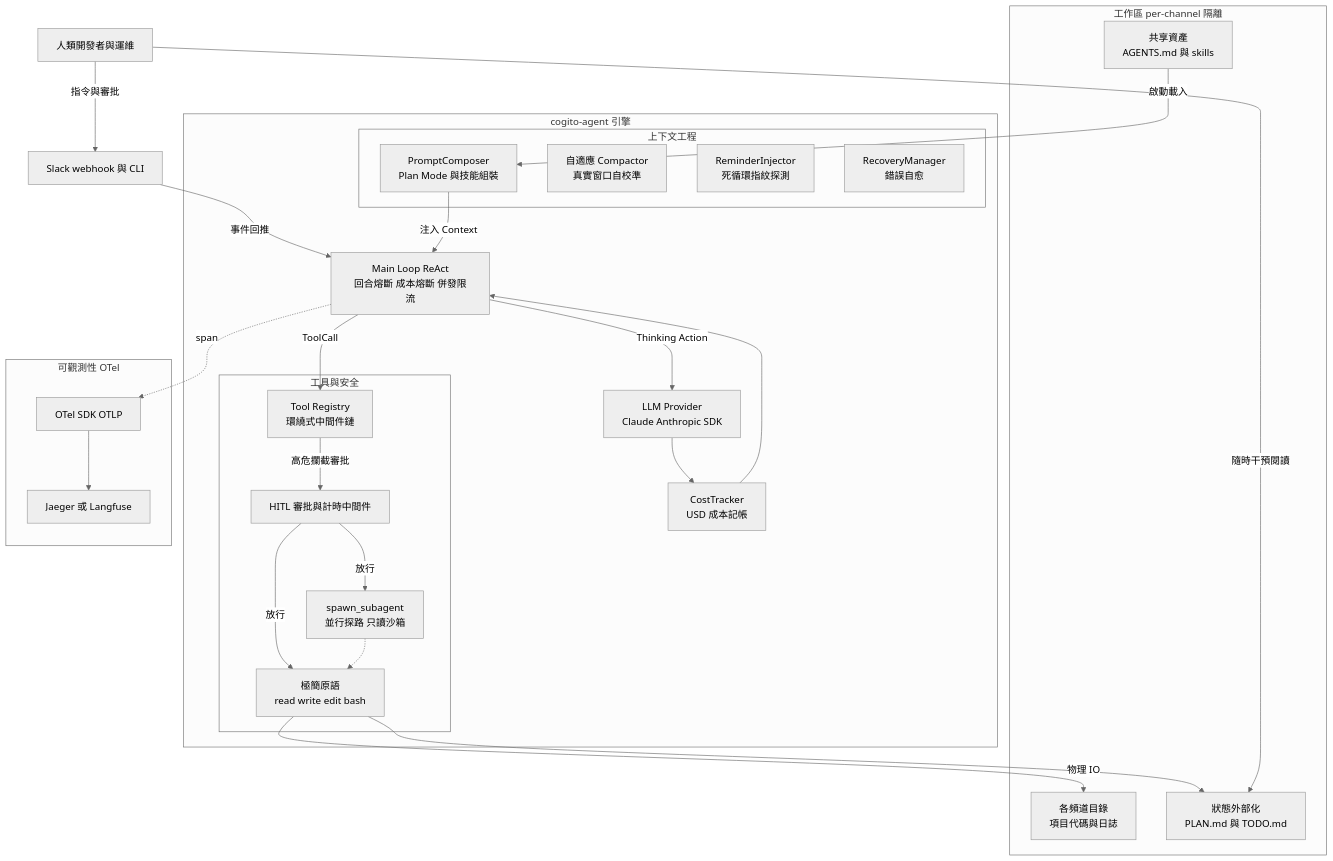
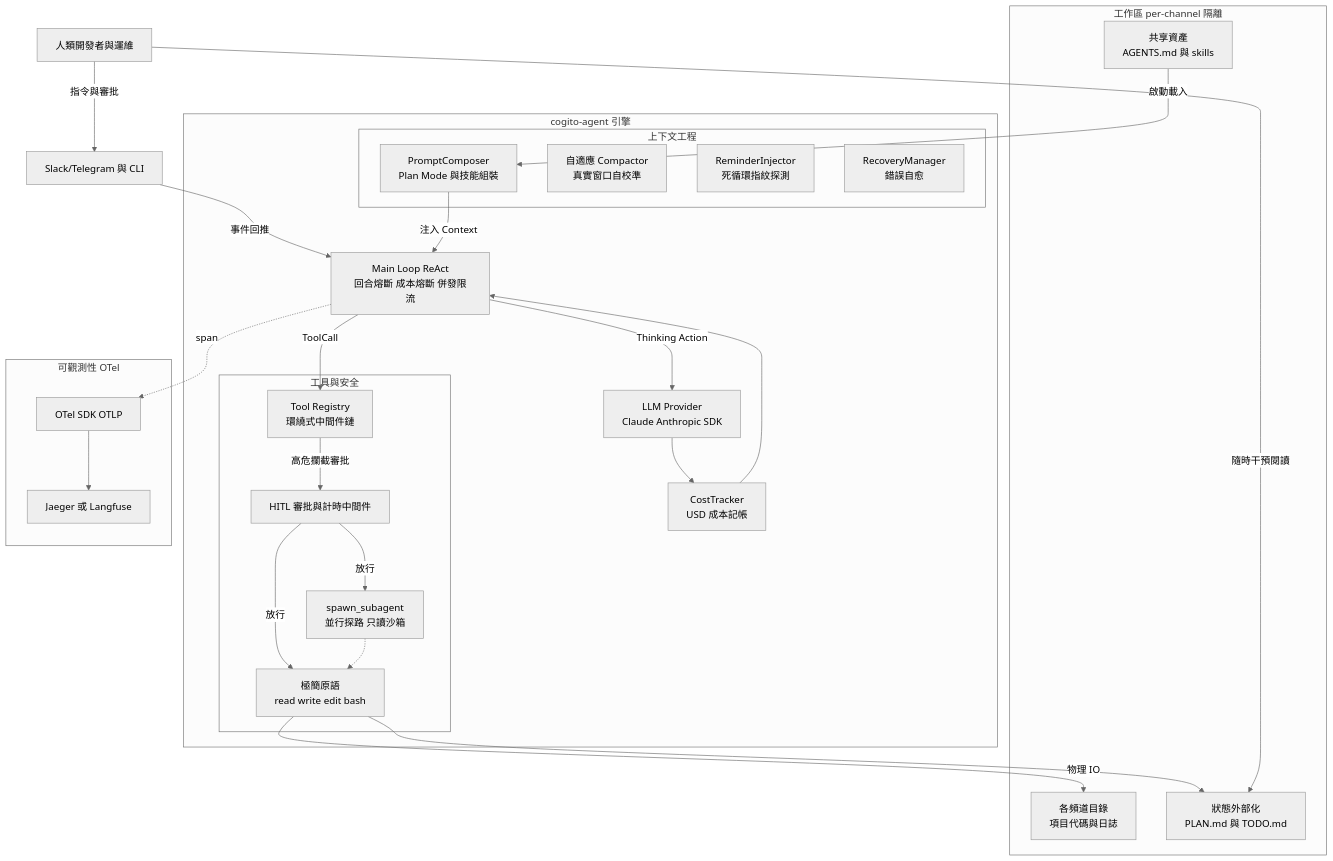
Before and after one commit to SIMPLYBOYS/cogito-agent: the first of 2 diagrams in README.md, drawn with Mermaid (neutral theme). The commit also changed other lines of this file and 3 other files, not shown here.

First line of the commit message:
refactor(slack): Socket Mode 取代 webhook——兩平台統一 outbound、零公開 URL/ngrok

````diff
--- a/README.md
+++ b/README.md
@@ -50,54 +50,54 @@
 ```mermaid
 flowchart TB
   HUMAN["人類開發者與運維"]
-  IM["Slack webhook 與 CLI"]
+  IM["Slack/Telegram 與 CLI"]
 
   subgraph ENGINE["cogito-agent 引擎"]
     LLM["LLM Provider<br/>Claude Anthropic SDK"]
     COST["CostTracker<br/>USD 成本記帳"]
     LOOP["Main Loop ReAct<br/>回合熔斷 成本熔斷 併發限流"]
 
     subgraph CTX["上下文工程"]
       COMPOSER["PromptComposer<br/>Plan Mode 與技能組裝"]
       COMPACT["自適應 Compactor<br/>真實窗口自校準"]
       REMIND["ReminderInjector<br/>死循環指紋探測"]
       RECOVER["RecoveryManager<br/>錯誤自愈"]
     end
 
     subgraph TZ["工具與安全"]
       REG["Tool Registry<br/>環繞式中間件鏈"]
       MW["HITL 審批與計時中間件"]
       PRIM["極簡原語<br/>read write edit bash"]
       SUB["spawn_subagent<br/>並行探路 只讀沙箱"]
     end
   end
 
   subgraph WS["工作區 per-channel 隔離"]
     ASSETS["共享資產<br/>AGENTS.md 與 skills"]
     PROJ["各頻道目錄<br/>項目代碼與日誌"]
     STATE["狀態外部化<br/>PLAN.md 與 TODO.md"]
   end
 
   subgraph OBS["可觀測性 OTel"]
     OTEL["OTel SDK OTLP"]
     BACKEND["Jaeger 或 Langfuse"]
   end
 
   HUMAN -->|指令與審批| IM
   IM -->|事件回推| LOOP
   COMPOSER -->|注入 Context| LOOP
   LOOP -->|Thinking Action| LLM
   LLM --> COST
   COST --> LOOP
   LOOP -->|ToolCall| REG
   REG -->|高危攔截審批| MW
   MW -->|放行| PRIM
   MW -->|放行| SUB
   SUB -.-> PRIM
   ASSETS -->|啟動載入| COMPOSER
   PRIM -->|物理 IO| PROJ
   PRIM --> STATE
   HUMAN -->|隨時干預閱讀| STATE
   LOOP -.->|span| OTEL
   OTEL --> BACKEND
 ```
````
